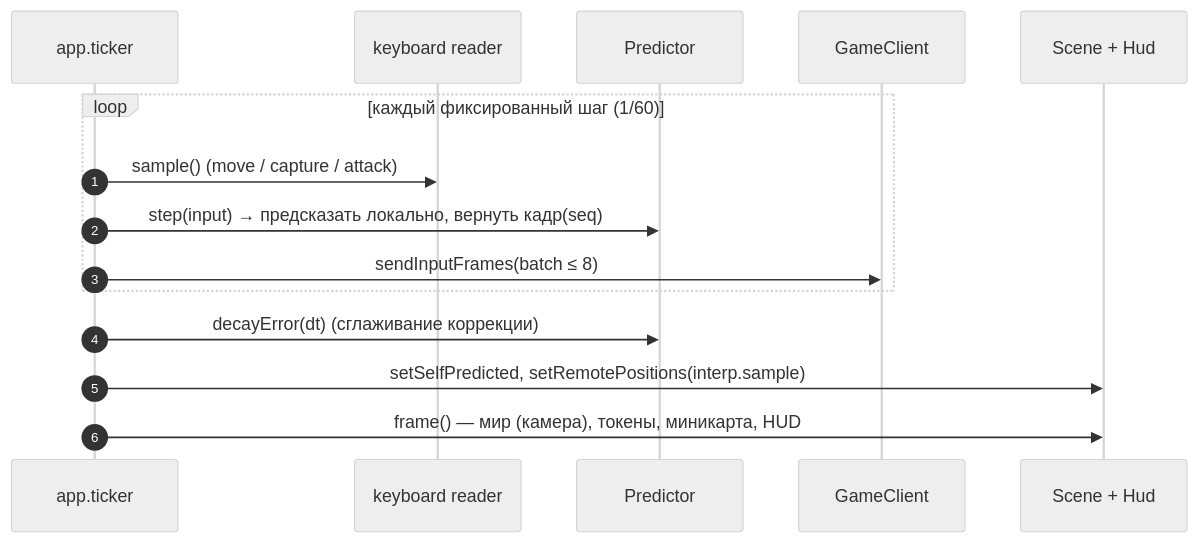
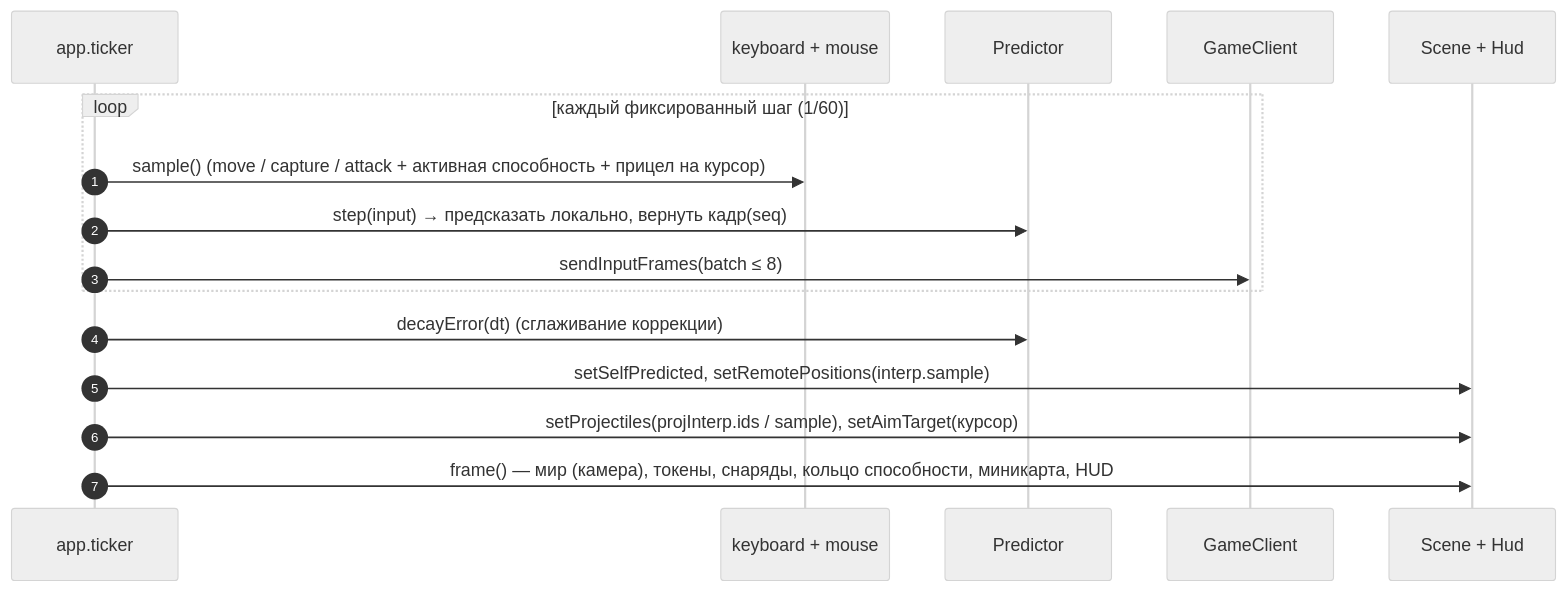
The second of 3 diagrams in client/docs/sequence-diagram.md (litcxx/Game), drawn with Mermaid (neutral theme) before and after one commit. The commit also changed other lines of this file and 6 other files, not shown here.

````diff
--- a/client/docs/sequence-diagram.md
+++ b/client/docs/sequence-diagram.md
@@ -39,18 +39,19 @@
 ```mermaid
 sequenceDiagram
     autonumber
     participant tick as app.ticker
-    participant kb as keyboard reader
+    participant kb as keyboard + mouse
     participant pred as Predictor
     participant net as GameClient
     participant scene as Scene + Hud
 
     loop каждый фиксированный шаг (1/60)
-        tick->>kb: sample()  (move / capture / attack)
+        tick->>kb: sample()  (move / capture / attack + активная способность + прицел на курсор)
         tick->>pred: step(input) → предсказать локально, вернуть кадр(seq)
         tick->>net: sendInputFrames(batch ≤ 8)
     end
     tick->>pred: decayError(dt)  (сглаживание коррекции)
     tick->>scene: setSelfPredicted, setRemotePositions(interp.sample)
-    tick->>scene: frame() — мир (камера), токены, миникарта, HUD
+    tick->>scene: setProjectiles(projInterp.ids / sample), setAimTarget(курсор)
+    tick->>scene: frame() — мир (камера), токены, снаряды, кольцо способности, миникарта, HUD
 ```
````
